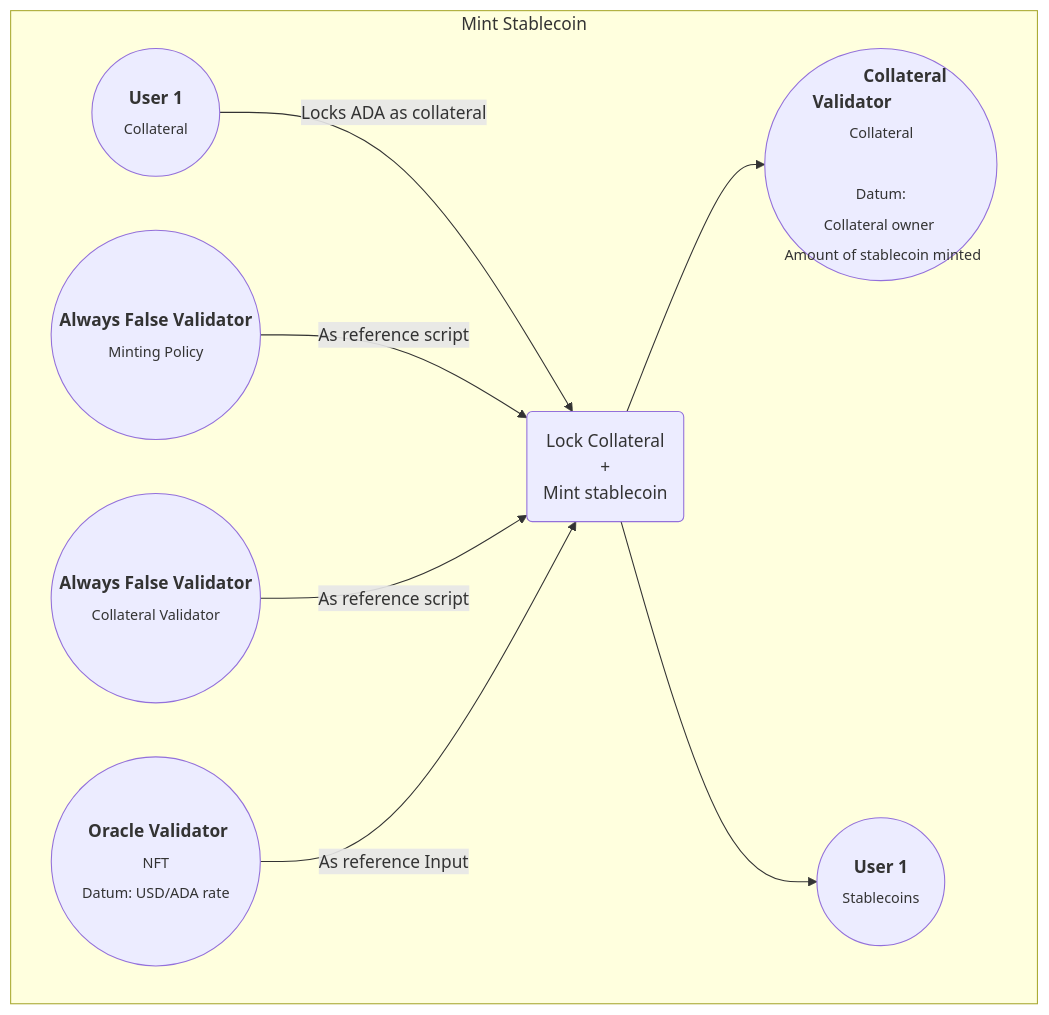
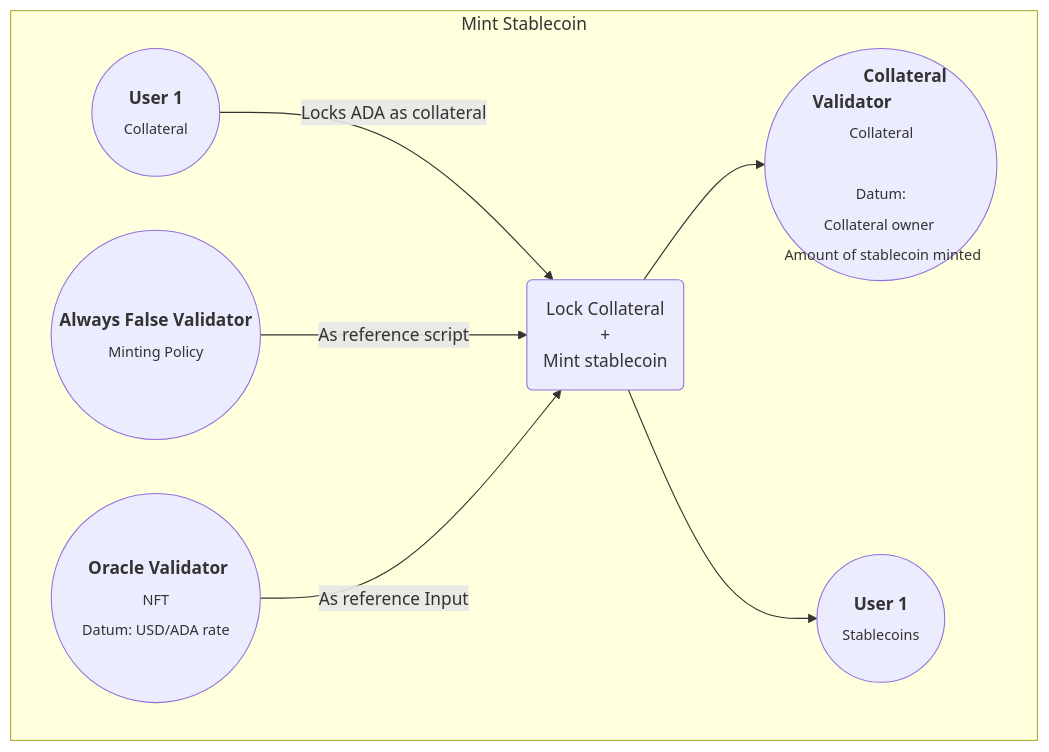
One commit to input-output-hk/plutus-pioneer-program changed the fourth of 7 diagrams in code/Week09/README.md. Above: the diagram before and after it, drawn with Mermaid. The commit also changed other lines of this file and 1 other file, not shown here.

````diff
--- a/code/Week09/README.md
+++ b/code/Week09/README.md
@@ -77,17 +79,15 @@
 ```mermaid
 flowchart LR
     subgraph Mint [Mint Stablecoin]
     direction LR
     A6(("&#8199 &#8199 <b>Oracle Validator</b>&#8199 &#8199  <br> <sub>NFT <br> Datum: USD/ADA rate</sub>"))
-    A8((<b>Always False Validator</b> <br> <sub>Collateral Validator</sub>))
     A9((<b>Always False Validator</b> <br> <sub>Minting Policy</sub>))
 
     M1((&#8199 &#8199 <b>User 1</b> &#8199 &#8199<br> <sub>Collateral</sub>)) --> |Locks ADA as collateral| M4(Lock Collateral <br> + <br> Mint stablecoin)
     A9 --> |As reference script| M4
-    A8 --> |As reference script| M4
     A6 --> |As reference Input|M4
 
     M4 --> M5(("&#8199 &#8199&#8199 &#8199 <b>Collateral Validator</b>&#8199 &#8199 &#8199 &#8199 <br> <sub>Collateral <br> <br> Datum: <br> Collateral owner  <br> Amount of stablecoin minted"))
     M4 --> M6((&#8199 &#8199 <b>User 1</b> &#8199 &#8199 <br> <sub>Stablecoins</sub>))
     end
 ```
````
